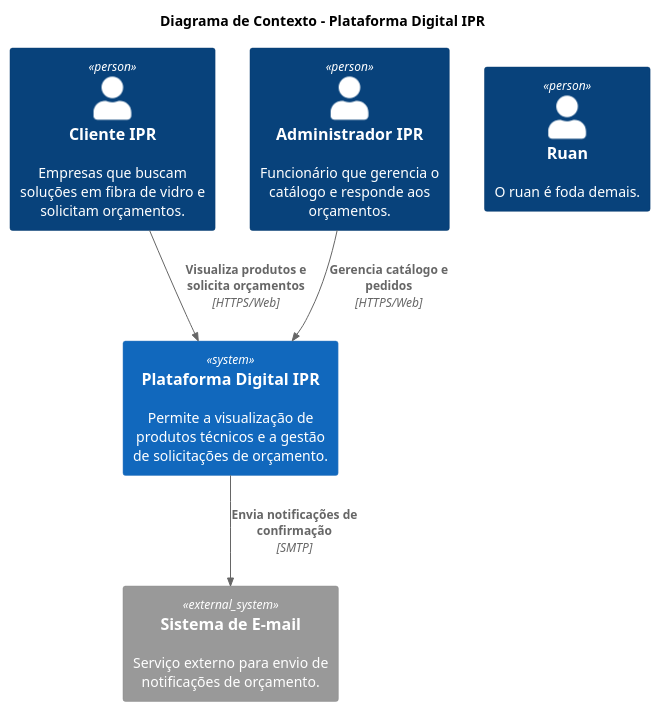
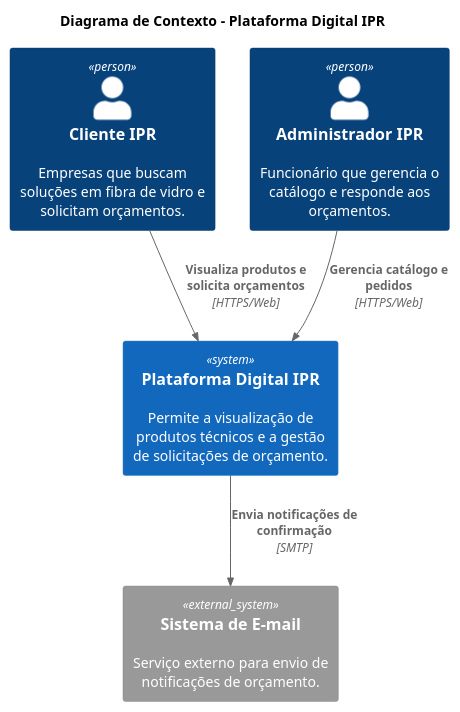
Before and after one commit to ruanplp123/Projeto-IPR-PW: the diagram in arquitetura.puml, drawn with PlantUML.

```diff
--- a/arquitetura.puml
+++ b/arquitetura.puml
@@ -1,16 +1,15 @@
 @startuml C4_Context
 !include https://raw.githubusercontent.com/plantuml-stdlib/C4-PlantUML/master/C4_Context.puml
 
 title Diagrama de Contexto - Plataforma Digital IPR
 
 Person(cliente, "Cliente IPR", "Empresas que buscam soluções em fibra de vidro e solicitam orçamentos." )
 Person(admin, "Administrador IPR", "Funcionário que gerencia o catálogo e responde aos orçamentos.")
-Person(RuanTeste, "Ruan", "O ruan é foda demais.")
 System(plataforma_ipr, "Plataforma Digital IPR", "Permite a visualização de produtos técnicos e a gestão de solicitações de orçamento.")
 
 System_Ext(email_system, "Sistema de E-mail", "Serviço externo para envio de notificações de orçamento.")
 
 Rel(cliente, plataforma_ipr, "Visualiza produtos e solicita orçamentos", "HTTPS/Web")
 Rel(admin, plataforma_ipr, "Gerencia catálogo e pedidos", "HTTPS/Web")
 Rel(plataforma_ipr, email_system, "Envia notificações de confirmação", "SMTP")
 @enduml
```
